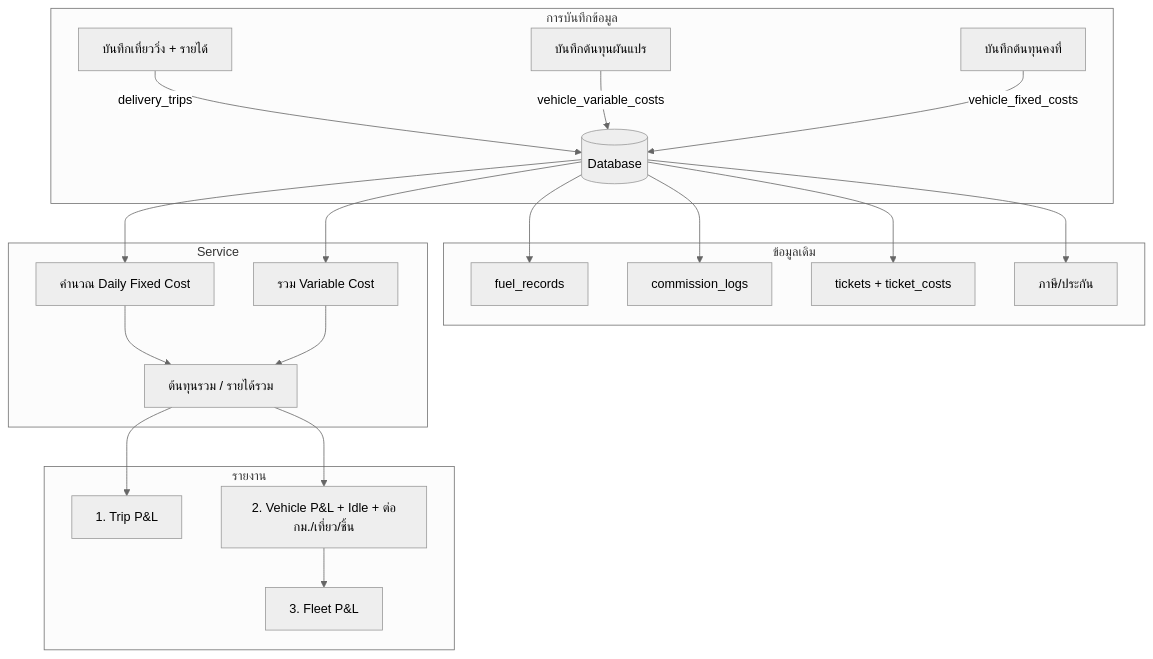
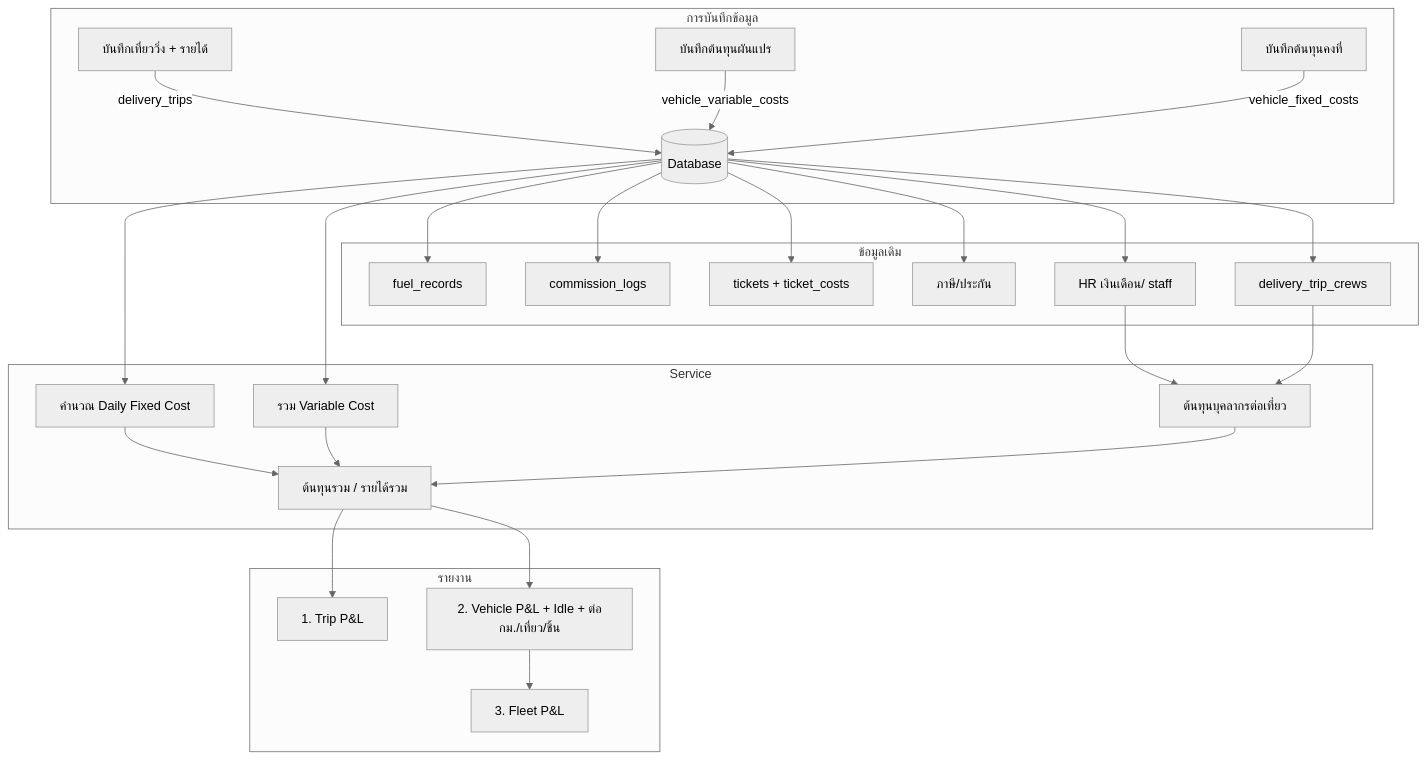
One commit to Director-Singhachan/vehicle-control-center changed the diagram in .cursor/plans/ต้นทุนคงที่-ผันแปร_และตัวชี้ต่อกม._เที่ยว_ชิ้น_1f277858.plan.md. Above: the diagram before and after it, drawn with Mermaid (neutral theme). The commit also changed other lines of this file and 8 other files, not shown here.

First line of the commit message:
feat: Implement staff salary management system for personnel cost calculations

````diff
--- a/.cursor/plans/ต้นทุนคงที่-ผันแปร_และตัวชี้ต่อกม._เที่ยว_ชิ้น_1f277858.plan.md
+++ b/.cursor/plans/ต้นทุนคงที่-ผันแปร_และตัวชี้ต่อกม._เที่ยว_ชิ้น_1f277858.plan.md
@@ -170,27 +177,31 @@
 ```mermaid
 flowchart TD
   subgraph Inputs [การบันทึกข้อมูล]
     A[บันทึกเที่ยววิ่ง + รายได้] -->|delivery_trips| DB[(Database)]
     B[บันทึกต้นทุนผันแปร] -->|vehicle_variable_costs| DB
     C[บันทึกต้นทุนคงที่] -->|vehicle_fixed_costs| DB
   end
 
   subgraph Existing [ข้อมูลเดิม]
     DB --> Fuel[fuel_records]
     DB --> Comm[commission_logs]
     DB --> Tickets[tickets + ticket_costs]
     DB --> TaxIns[ภาษี/ประกัน]
+    DB --> Crew[delivery_trip_crews]
+    DB --> HR[HR เงินเดือน/ staff]
   end
 
   subgraph Processing [Service]
     DB --> CalcDaily[คำนวณ Daily Fixed Cost]
     DB --> SumVar[รวม Variable Cost]
-    CalcDaily & SumVar --> Total[ต้นทุนรวม / รายได้รวม]
+    HR --> PersonnelCost[ต้นทุนบุคลากรต่อเที่ยว]
+    Crew --> PersonnelCost
+    CalcDaily & SumVar & PersonnelCost --> Total[ต้นทุนรวม / รายได้รวม]
   end
 
   subgraph Output [รายงาน]
     Total --> L1[1. Trip P&L]
     Total --> L2[2. Vehicle P&L + Idle + ต่อกม./เที่ยว/ชิ้น]
     L2 --> L3[3. Fleet P&L]
   end
 ```
````
